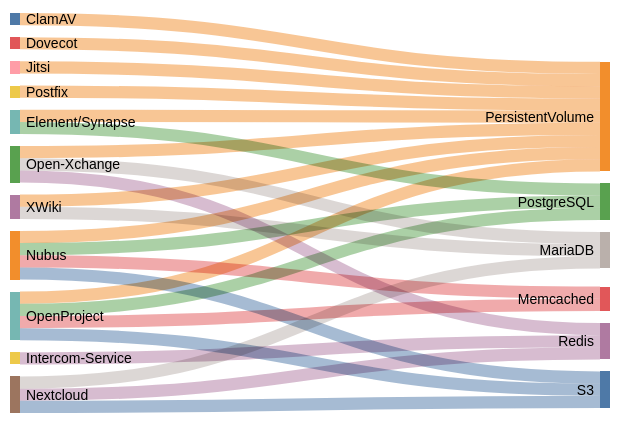
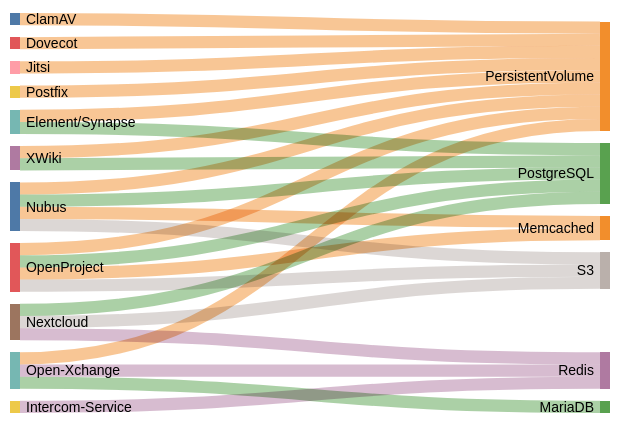
One commit to tobias-weiss-ai-xr/opendesk-edu changed the diagram in docs/data-storage.md. Above: the diagram before and after it, drawn with Mermaid (neutral theme). The commit also changed other lines of this file, not shown here.

Commit message:
docs(data-storage.md): Update NC,XWiki as they use PostgreSQL as default, fix provisioning listener table entry [#198, #200]

````diff
--- a/docs/data-storage.md
+++ b/docs/data-storage.md
@@ -23,43 +23,43 @@
 ```mermaid
 ---
 config:
   sankey:
     showValues: false
     linkColor: target
 ---
 sankey-beta
 
 ClamAV,PersistentVolume,1
 
 Dovecot,PersistentVolume,1
 
 Element/Synapse,PostgreSQL,1
 Element/Synapse,PersistentVolume,1
 
 Intercom-Service,Redis,1
 
 Jitsi,PersistentVolume,1
 
-Nextcloud,MariaDB,1
+Nextcloud,PostgreSQL,1
 Nextcloud,S3,1
 Nextcloud,Redis,1
 
 Nubus,PostgreSQL,1
 Nubus,S3,1
 Nubus,PersistentVolume,1
 Nubus,Memcached,1
 
 OpenProject,PostgreSQL,1
 OpenProject,S3,1
 OpenProject,PersistentVolume,1
 OpenProject,Memcached,1
 
 Open-Xchange,MariaDB,1
 Open-Xchange,PersistentVolume,1
 Open-Xchange,Redis,1
 
 Postfix,PersistentVolume,1
 
-XWiki,MariaDB,1
+XWiki,PostgreSQL,1
 XWiki,PersistentVolume,1
 ```
````
